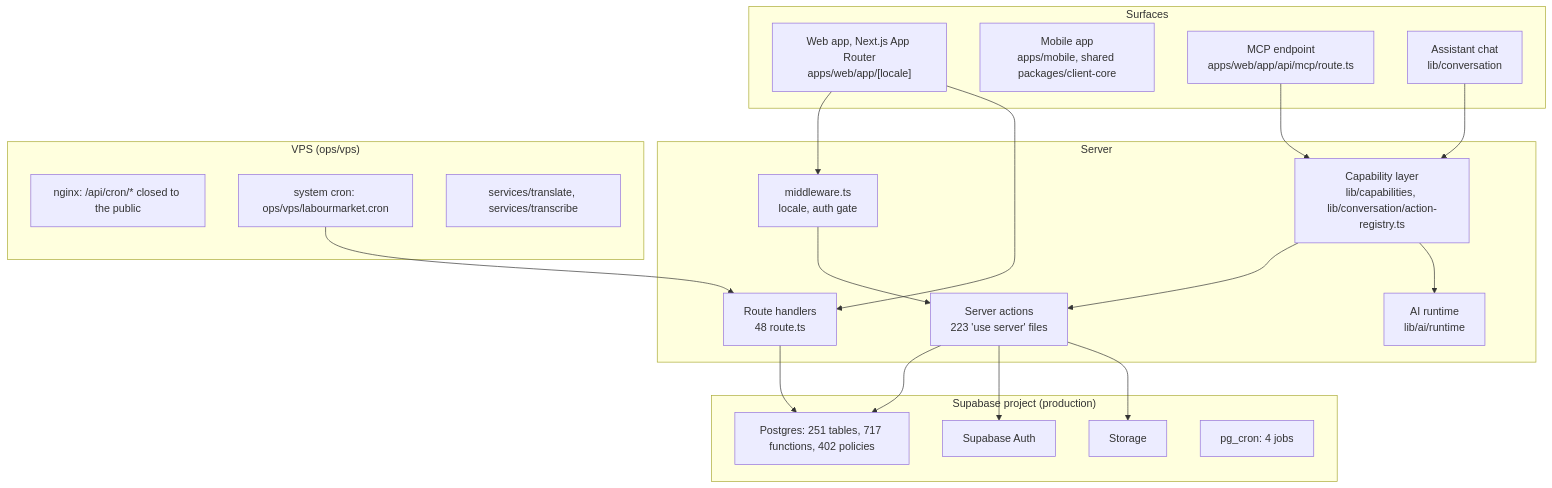
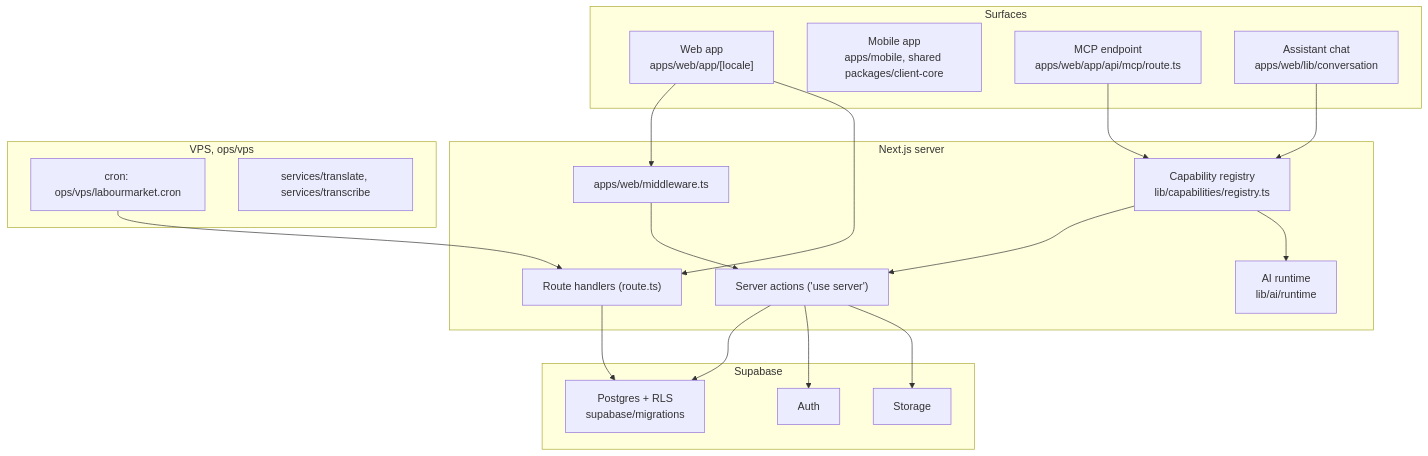
One commit to bandymuks1-stack/labourmarketai changed the diagram in docs/architecture/TECHNICAL_ARCHITECTURE_MAP.md. Above: the diagram before and after it, drawn with Mermaid. The commit also changed other lines of this file, not shown here.

First line of the commit message:
docs(architecture): keep the public map to the status-register format

````diff
--- a/docs/architecture/TECHNICAL_ARCHITECTURE_MAP.md
+++ b/docs/architecture/TECHNICAL_ARCHITECTURE_MAP.md
@@ -53,35 +55,33 @@
 ```mermaid
 flowchart TB
   subgraph Surfaces
-    WEB["Web app, Next.js App Router<br/>apps/web/app/[locale]"]
+    WEB["Web app<br/>apps/web/app/[locale]"]
     MOB["Mobile app<br/>apps/mobile, shared packages/client-core"]
     MCP["MCP endpoint<br/>apps/web/app/api/mcp/route.ts"]
-    CHAT["Assistant chat<br/>lib/conversation"]
+    CHAT["Assistant chat<br/>apps/web/lib/conversation"]
   end
-  subgraph Server
-    MW["middleware.ts<br/>locale, auth gate"]
-    SA["Server actions<br/>223 'use server' files"]
-    API["Route handlers<br/>48 route.ts"]
-    CAP["Capability layer<br/>lib/capabilities, lib/conversation/action-registry.ts"]
+  subgraph Server["Next.js server"]
+    MW["apps/web/middleware.ts"]
+    SA["Server actions ('use server')"]
+    API["Route handlers (route.ts)"]
+    CAP["Capability registry<br/>lib/capabilities/registry.ts"]
     AI["AI runtime<br/>lib/ai/runtime"]
   end
-  subgraph Data["Supabase project (production)"]
-    PG["Postgres: 251 tables, 717 functions, 402 policies"]
-    AUTH["Supabase Auth"]
+  subgraph Data["Supabase"]
+    PG["Postgres + RLS<br/>supabase/migrations"]
+    AUTH["Auth"]
     ST["Storage"]
-    CRON["pg_cron: 4 jobs"]
   end
-  subgraph Host["VPS (ops/vps)"]
-    NX["nginx: /api/cron/* closed to the public"]
-    VC["system cron: ops/vps/labourmarket.cron"]
+  subgraph Host["VPS, ops/vps"]
+    VC["cron: ops/vps/labourmarket.cron"]
     SVC["services/translate, services/transcribe"]
   end
   WEB --> MW --> SA --> PG
   WEB --> API --> PG
-  CHAT --> CAP --> SA
-  MCP --> CAP
+  CHAT --> CAP
+  MCP --> CAP --> SA
   CAP --> AI
   VC --> API
   SA --> AUTH
   SA --> ST
 ```
````
